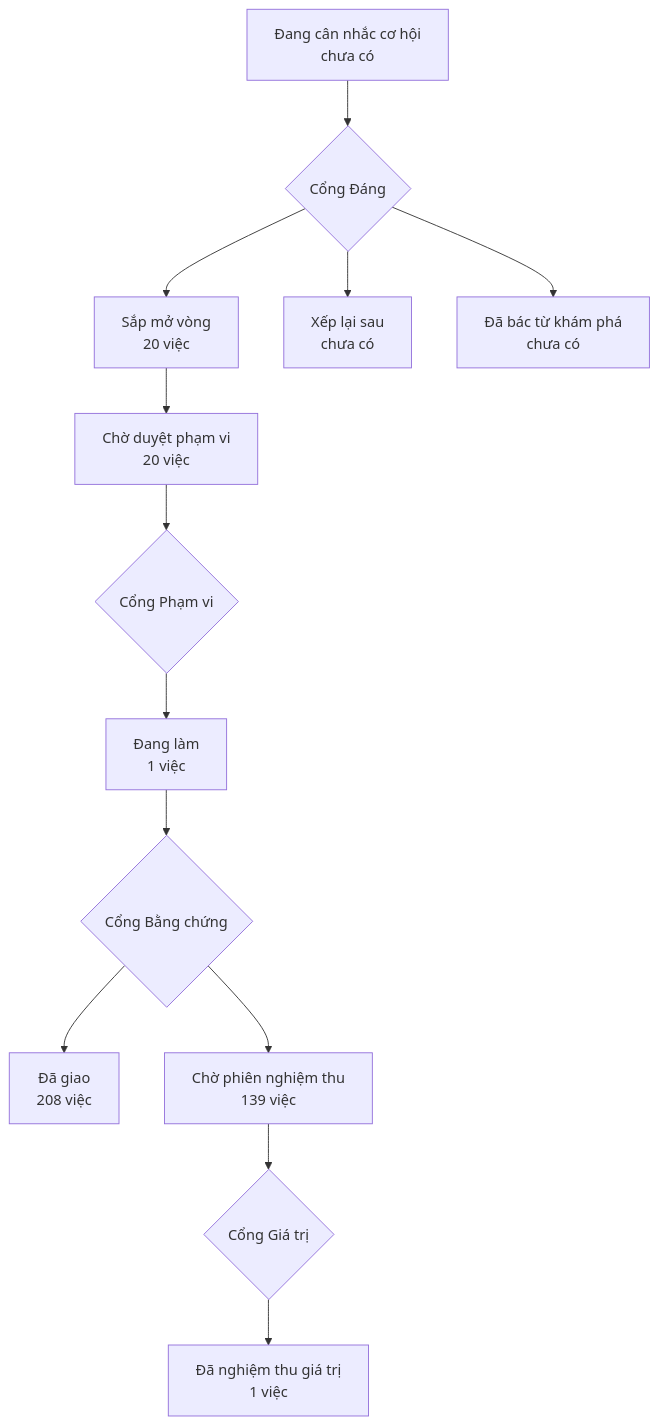
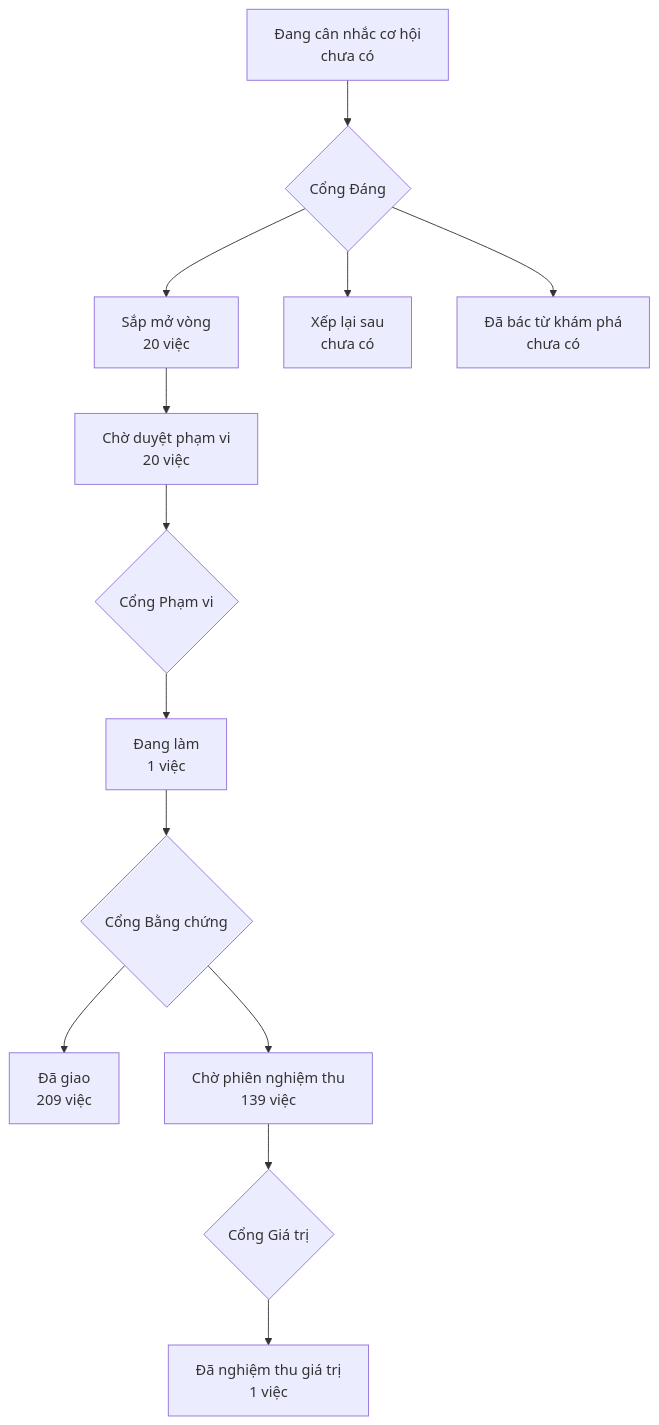
Before and after one commit to phanlemanh/onehub-invest: the diagram in PRODUCT-MAP.md, drawn with Mermaid. The commit also changed other lines of this file and 1 other file, not shown here.

Commit message:
chore: vẽ lại PRODUCT-MAP, LO-TRINH sau khi nhận main 718c893ca

````diff
--- a/PRODUCT-MAP.md
+++ b/PRODUCT-MAP.md
@@ -7,12 +7,12 @@
 ```mermaid
 flowchart TD
   A["Đang cân nhắc cơ hội<br/>chưa có"] --> GD{"Cổng Đáng"}
   GD --> B["Sắp mở vòng<br/>20 việc"]
   GD --> XL["Xếp lại sau<br/>chưa có"]
   GD --> DB["Đã bác từ khám phá<br/>chưa có"]
   B --> CD["Chờ duyệt phạm vi<br/>20 việc"] --> GP{"Cổng Phạm vi"}
   GP --> DL["Đang làm<br/>1 việc"] --> GB{"Cổng Bằng chứng"}
-  GB --> DG["Đã giao<br/>208 việc"]
+  GB --> DG["Đã giao<br/>209 việc"]
   GB --> CN["Chờ phiên nghiệm thu<br/>139 việc"] --> GG{"Cổng Giá trị"}
   GG --> NT["Đã nghiệm thu giá trị<br/>1 việc"]
 ```
````
